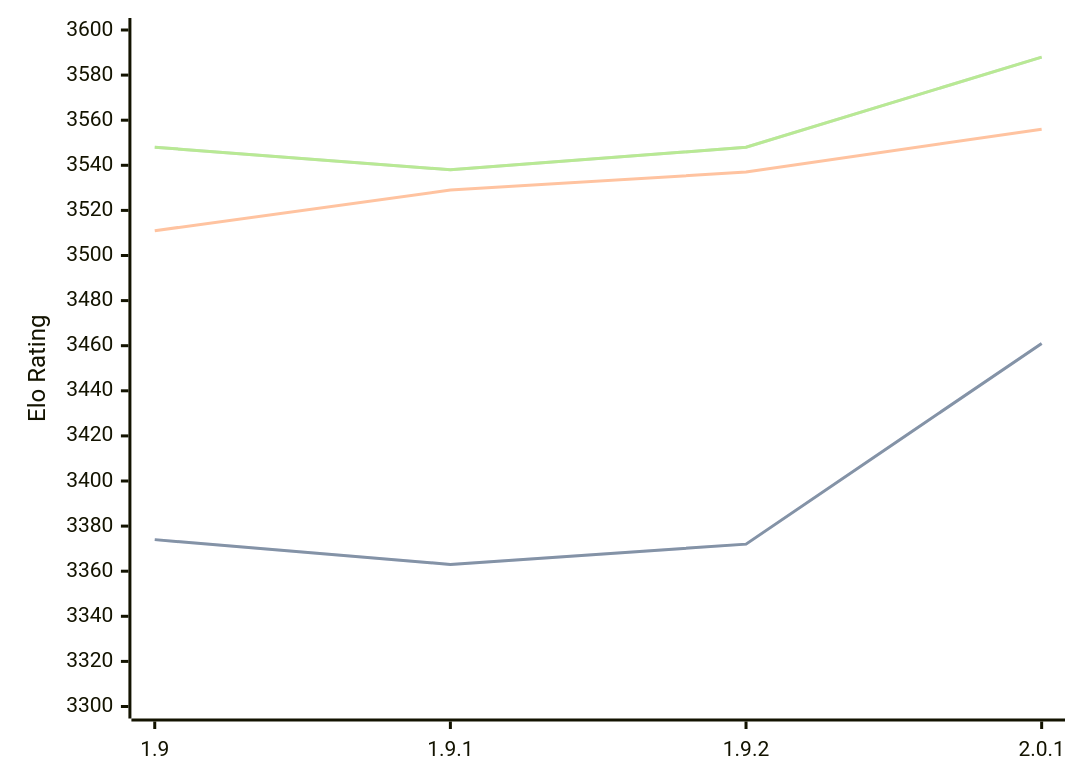
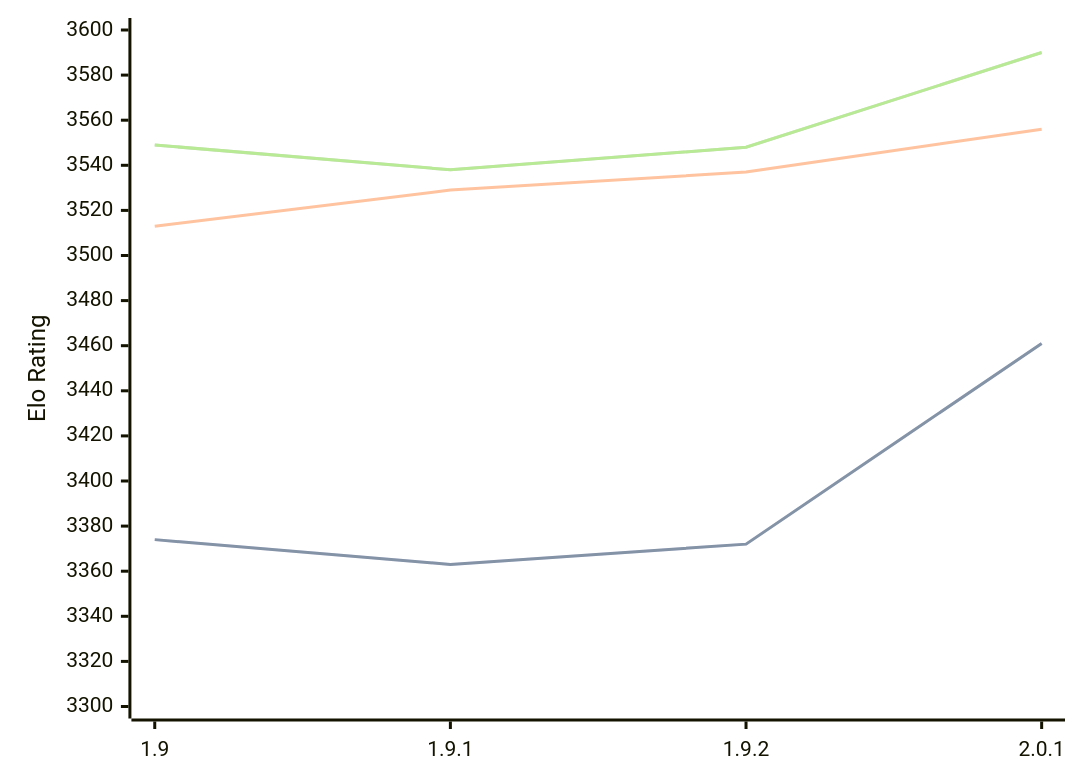
The diagram in engines/Pawnocchio.md (computer-chess-index/cci), drawn with Mermaid before and after one commit. The commit also changed other lines of this file, not shown here.

Commit message:
Update CCI Ratings (ELO VLTC) - 2026-08-23

````diff
--- a/engines/Pawnocchio.md
+++ b/engines/Pawnocchio.md
@@ -36,11 +36,11 @@
 ```mermaid
 %%{init: {"theme":"base","themeVariables":{"seriesColors:['#a3a3a3','#222221','#faa371']}}}%%
 xychart-beta
   x-axis ["1.9", "1.9.1", "1.9.2", "2.0.1"]
   y-axis "Elo Rating" 3300 --> 3600
   line "STC (8.0+0.08s)" [3374, 3363, 3372, 3461]
   line "STC (8.0+0.08s)" [3374, 3363, 3372, 3461]
-  line "LTC (60.0+0.60s)" [3511, 3529, 3537, 3556]
-  line "VLTC (2m24s+1.12s)" [3548, 3538, 3548, 3588]
-  line "VLTC (2m24s+1.12s)" [3548, 3538, 3548, 3588]
+  line "LTC (60.0+0.60s)" [3513, 3529, 3537, 3556]
+  line "VLTC (2m24s+1.12s)" [3549, 3538, 3548, 3590]
+  line "VLTC (2m24s+1.12s)" [3549, 3538, 3548, 3590]
 ```
````
